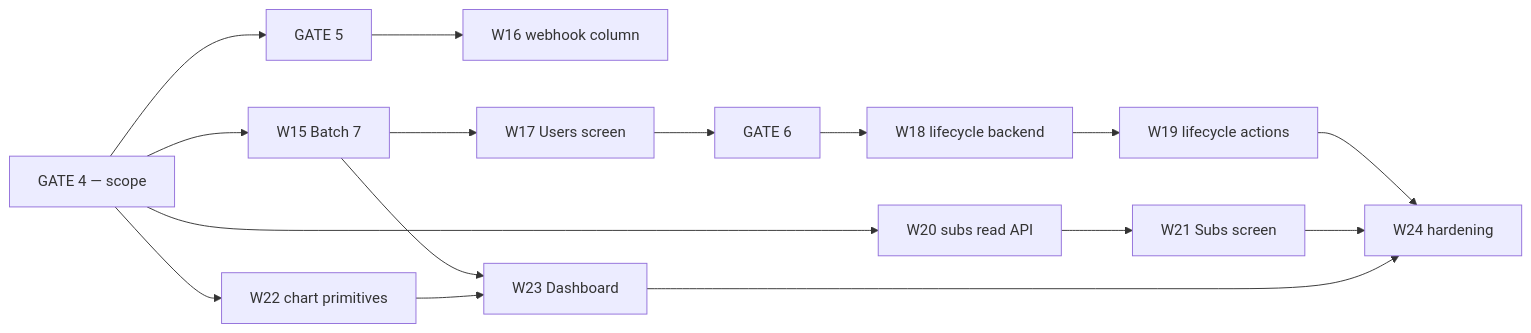
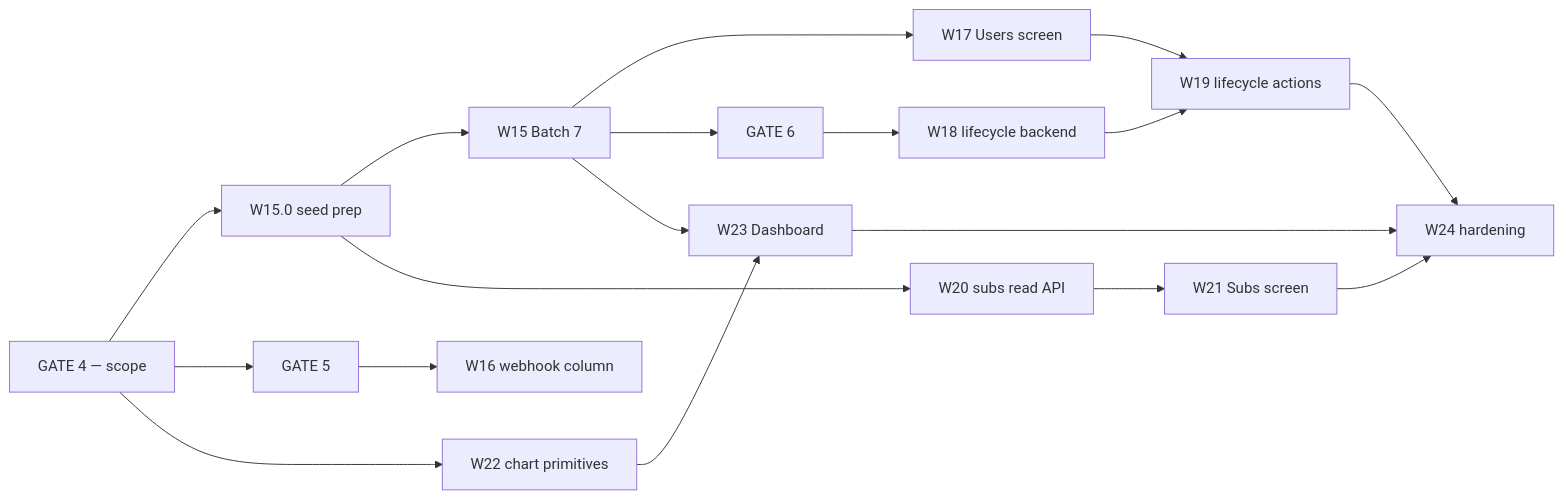
The diagram in plans/plan-admin-portal-phase2.md (Nii-Okai/RhemaPod), drawn with Mermaid before and after one commit. The commit also changed other lines of this file, not shown here.

````diff
--- a/plans/plan-admin-portal-phase2.md
+++ b/plans/plan-admin-portal-phase2.md
@@ -528,16 +824,18 @@
 ```mermaid
 graph LR
-  G4["GATE 4 — scope"] --> W15["W15 Batch 7"]
+  G4["GATE 4 — scope"] --> P0["W15.0 seed prep"]
+  P0 --> W15["W15 Batch 7"]
   G4 --> G5["GATE 5"] --> W16["W16 webhook column"]
-  G4 --> W20["W20 subs read API"]
+  P0 --> W20["W20 subs read API"]
   G4 --> W22["W22 chart primitives"]
   W15 --> W17["W17 Users screen"]
-  W17 --> G6["GATE 6"] --> W18["W18 lifecycle backend"]
-  W18 --> W19["W19 lifecycle actions"]
+  W15 --> G6["GATE 6"] --> W18["W18 lifecycle backend"]
+  W17 --> W19["W19 lifecycle actions"]
+  W18 --> W19
   W20 --> W21["W21 Subs screen"]
   W15 --> W23["W23 Dashboard"]
   W22 --> W23
   W19 --> W24["W24 hardening"]
   W21 --> W24
   W23 --> W24
 ```
````
